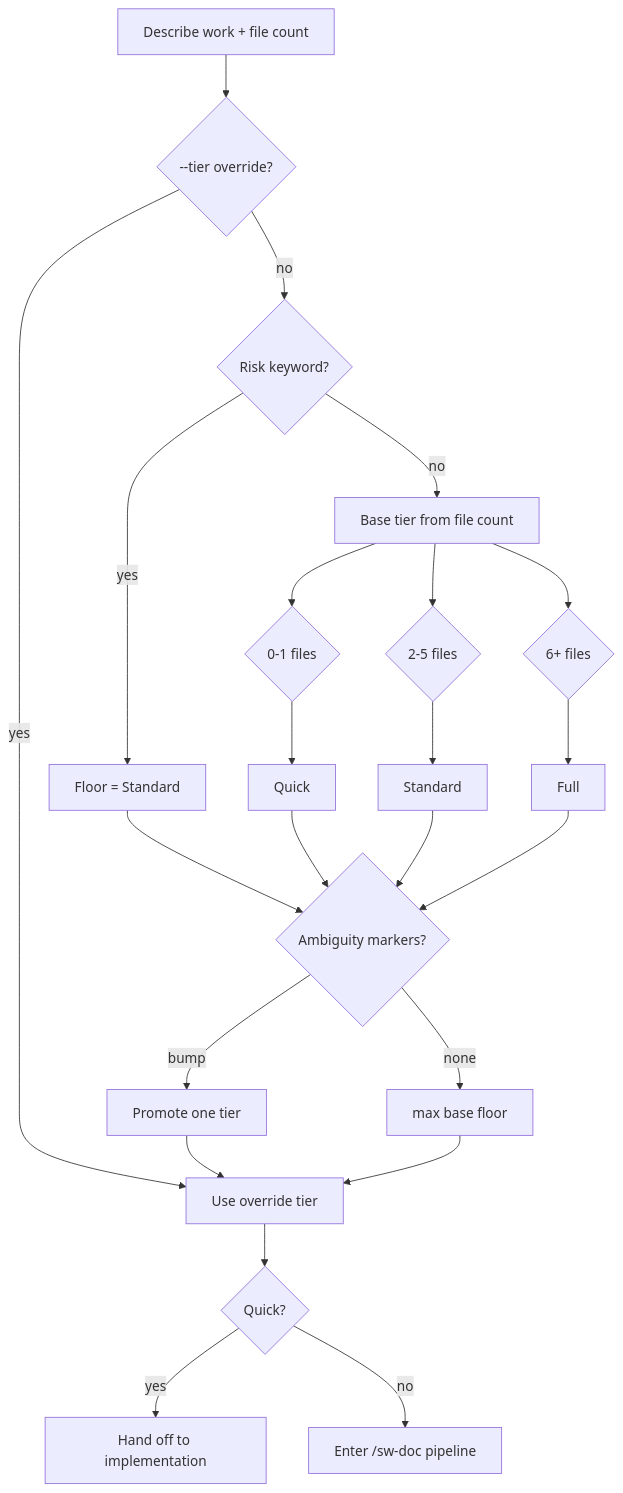
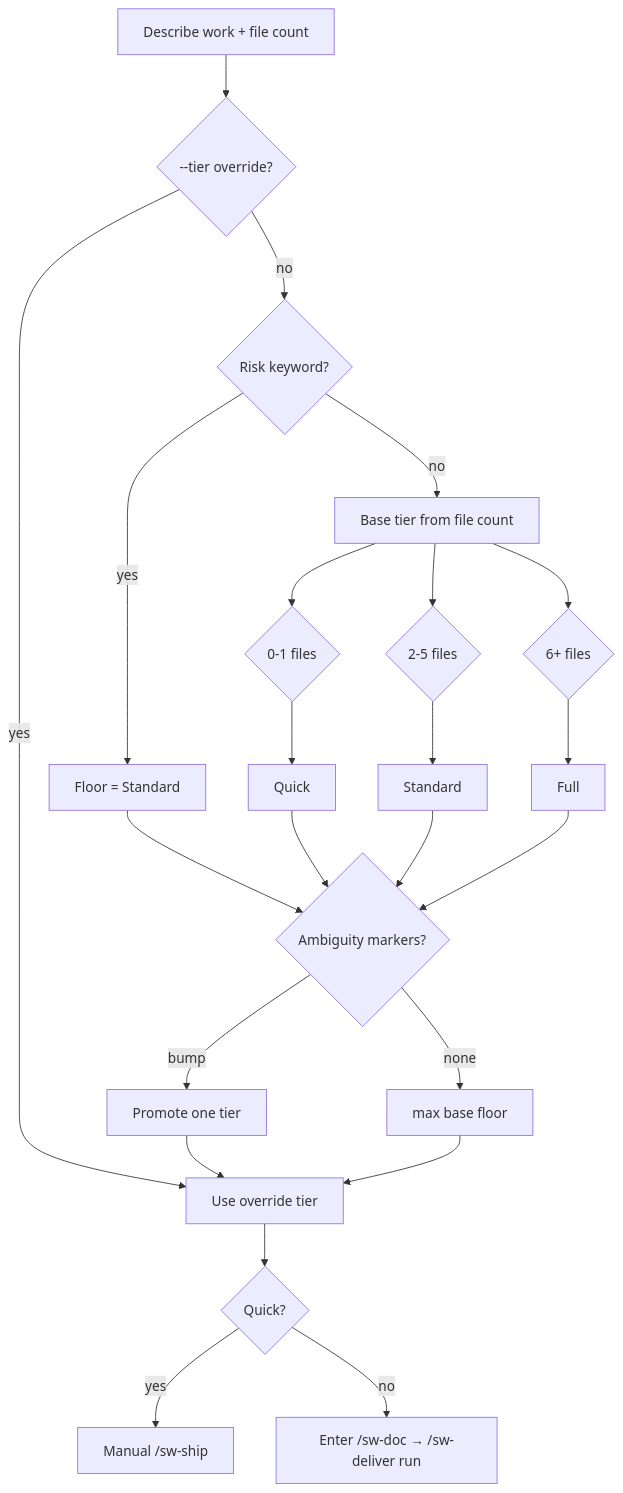
Before and after one commit to grdavies/shipwright: the second of 12 diagrams in README.md, drawn with Mermaid. The commit also changed other lines of this file and 115 other files, not shown here.

````diff
--- a/README.md
+++ b/README.md
@@ -279,25 +289,25 @@
 ```mermaid
 flowchart TD
   IN[Describe work + file count] --> OVR{--tier override?}
   OVR -->|yes| TIER[Use override tier]
   OVR -->|no| RISK{Risk keyword?}
   RISK -->|yes| FLOOR[Floor = Standard]
   RISK -->|no| FC[Base tier from file count]
   FC --> Q0{0-1 files}
   FC --> Q1{2-5 files}
   FC --> Q2{6+ files}
   Q0 --> BQ[Quick]
   Q1 --> BS[Standard]
   Q2 --> BF[Full]
   FLOOR --> AMB{Ambiguity markers?}
   BQ --> AMB
   BS --> AMB
   BF --> AMB
   AMB -->|bump| UP[Promote one tier]
   AMB -->|none| MAX[max base floor]
   UP --> TIER
   MAX --> TIER
   TIER --> QK{Quick?}
-  QK -->|yes| IMPL[Hand off to implementation]
-  QK -->|no| DOC[Enter /sw-doc pipeline]
+  QK -->|yes| IMPL[Manual /sw-ship]
+  QK -->|no| DOC[Enter /sw-doc → /sw-deliver run]
 ```
````
